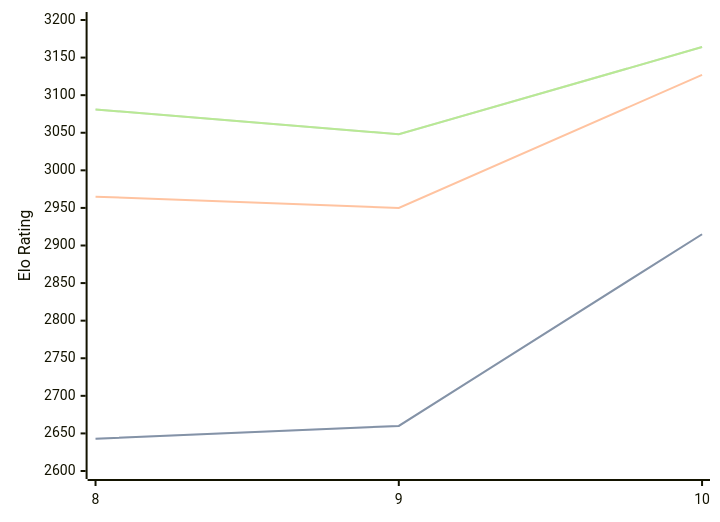
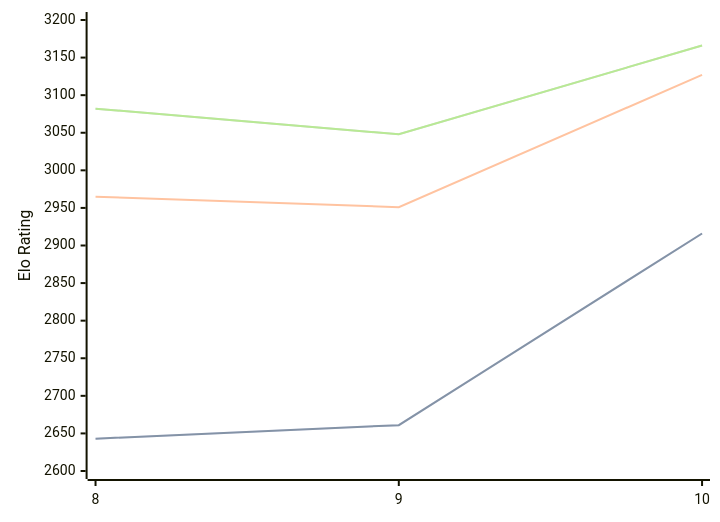
Before and after one commit to computer-chess-index/cci: the diagram in engines/Lozza.md, drawn with Mermaid. The commit also changed other lines of this file, not shown here.

Commit message:
Update CCI Ratings (ELO VLTC) - 2026-05-12

````diff
--- a/engines/Lozza.md
+++ b/engines/Lozza.md
@@ -41,11 +41,11 @@
 ```mermaid
 %%{init: {"theme":"base","themeVariables":{"seriesColors:['#a3a3a3','#222221','#faa371']}}}%%
 xychart-beta
   x-axis ["8", "9", "10"]
   y-axis "Elo Rating" 2600 --> 3200
-  line "STC (8.0+0.08s)" [2643, 2660, 2915]
-  line "STC (8.0+0.08s)" [2643, 2660, 2915]
-  line "LTC (60.0+0.60s)" [2965, 2950, 3127]
-  line "VLTC (2m24s+1.12s)" [3081, 3048, 3164]
-  line "VLTC (2m24s+1.12s)" [3081, 3048, 3164]
+  line "STC (8.0+0.08s)" [2643, 2661, 2916]
+  line "STC (8.0+0.08s)" [2643, 2661, 2916]
+  line "LTC (60.0+0.60s)" [2965, 2951, 3127]
+  line "VLTC (2m24s+1.12s)" [3082, 3048, 3166]
+  line "VLTC (2m24s+1.12s)" [3082, 3048, 3166]
 ```
````
